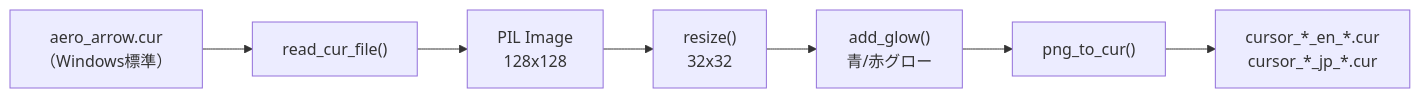
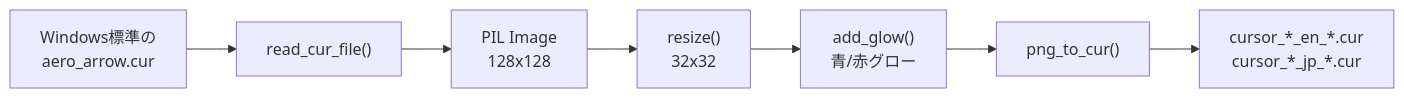
Before and after one commit to ycookiey/yCursory: the fifth of 6 diagrams in docs/architecture.md, drawn with Mermaid. The commit also changed other lines of this file and 14 other files, not shown here.

````diff
--- a/docs/architecture.md
+++ b/docs/architecture.md
@@ -135,9 +135,9 @@
 ```mermaid
 flowchart LR
-    A["aero_arrow.cur<br/>（Windows標準）"] --> B["read_cur_file()"]
+    A["Windows標準の<br/>aero_arrow.cur"] --> B["read_cur_file()"]
     B --> C["PIL Image<br/>128x128"]
     C --> D["resize()<br/>32x32"]
     D --> E["add_glow()<br/>青/赤グロー"]
     E --> F["png_to_cur()"]
     F --> G["cursor_*_en_*.cur<br/>cursor_*_jp_*.cur"]
 ```
````
